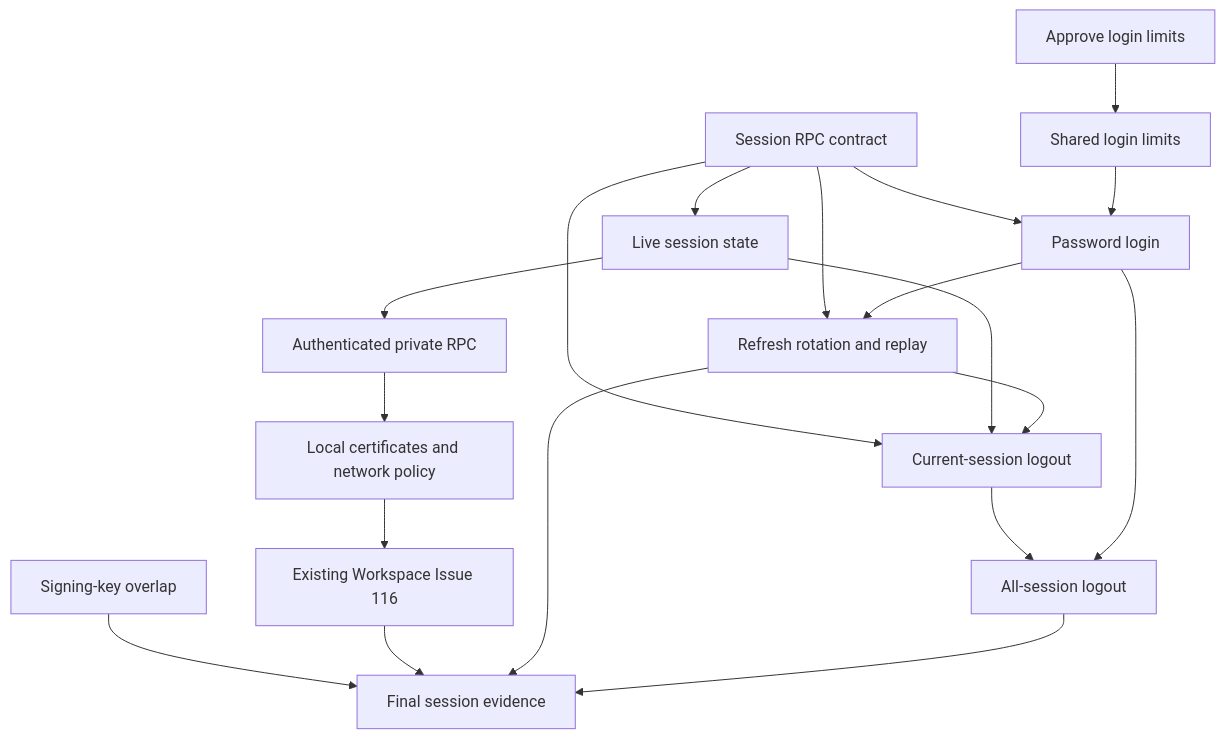
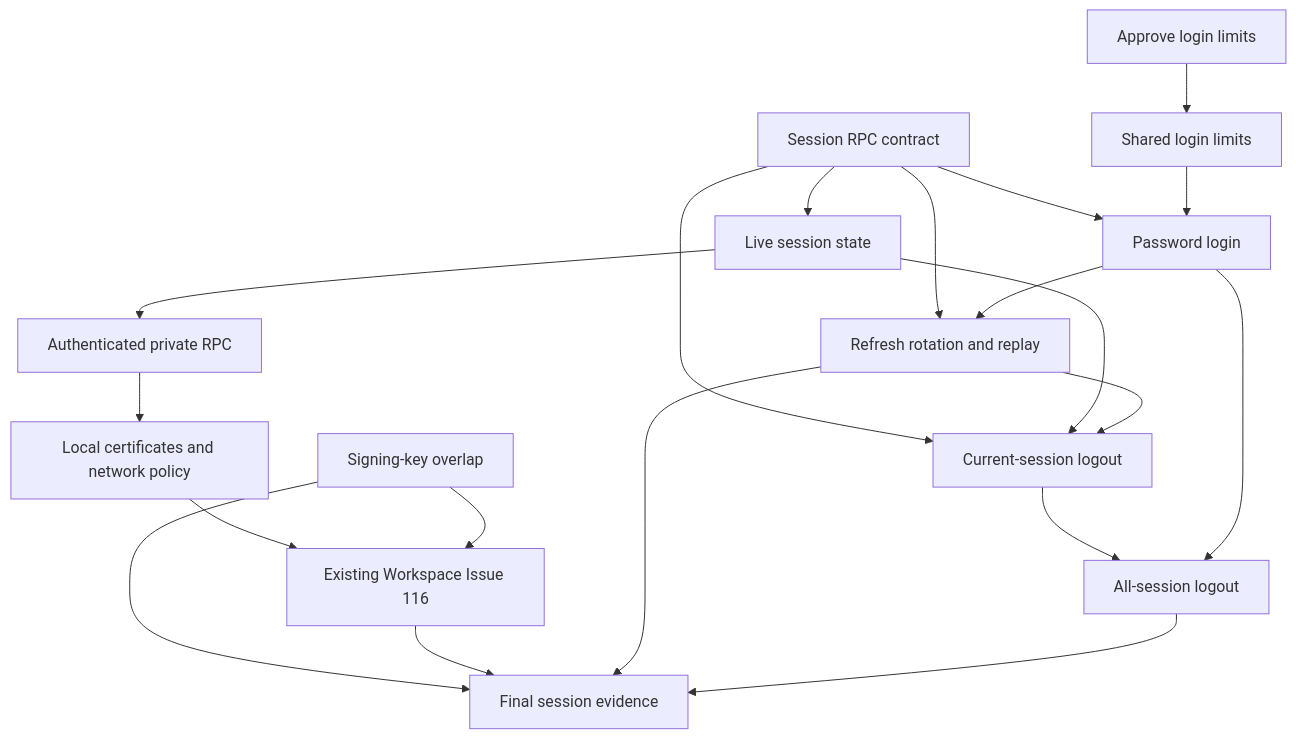
One commit to vasapolrittideah/flowspace-api changed the diagram in tasks/identity-password-login-and-sessions.md. Above: the diagram before and after it, drawn with Mermaid. The commit also changed other lines of this file, not shown here.

````diff
--- a/tasks/identity-password-login-and-sessions.md
+++ b/tasks/identity-password-login-and-sessions.md
@@ -24,21 +24,22 @@
 ```mermaid
 flowchart TD
     LimitsDecision[Approve login limits] --> LoginLimits[Shared login limits]
     Contract[Session RPC contract] --> CheckState[Live session state]
     CheckState --> PrivateRPC[Authenticated private RPC]
     PrivateRPC --> LocalTLS[Local certificates and network policy]
     LocalTLS --> Workspace[Existing Workspace Issue 116]
     Contract --> Login[Password login]
     LoginLimits --> Login
     Contract --> Refresh[Refresh rotation and replay]
     Login --> Refresh
     Contract --> CurrentLogout[Current-session logout]
     CheckState --> CurrentLogout
     Refresh --> CurrentLogout
     CurrentLogout --> AllLogout[All-session logout]
     Login --> AllLogout
+    Keys --> Workspace
     Keys[Signing-key overlap] --> Evidence[Final session evidence]
     Workspace --> Evidence
     Refresh --> Evidence
     AllLogout --> Evidence
 ```
````
